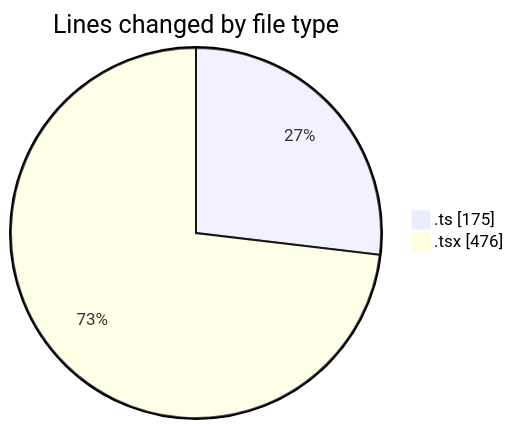
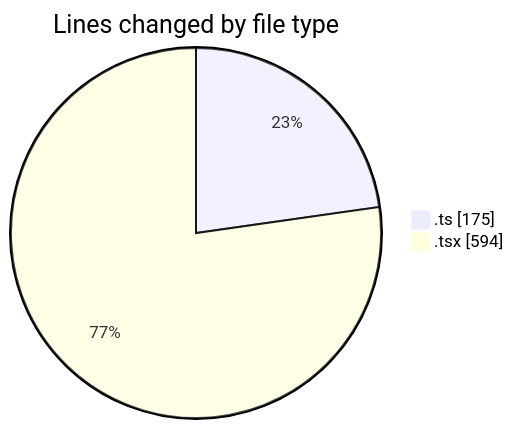
One commit to momahboobian/code-tracking changed the first of 2 diagrams in 2025-12-02/cda/README.md. Above: the diagram before and after it, drawn with Mermaid. The commit also changed other lines of this file and 1 other file, not shown here.

````diff
--- a/2025-12-02/cda/README.md
+++ b/2025-12-02/cda/README.md
@@ -23,6 +23,6 @@
 ```mermaid
 pie showData
 title Lines changed by file type
 ".ts" : 175
-".tsx" : 476
+".tsx" : 594
 ```
````
